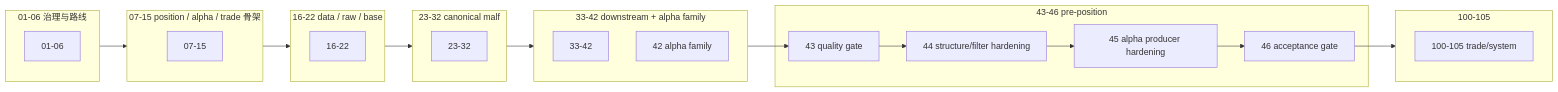
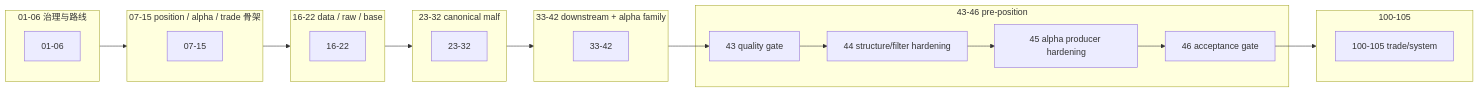
The diagram in docs/03-execution/00-conclusion-catalog-20260409.md (everything-is-simple/lifespan-0.01), drawn with Mermaid before and after one commit. The commit also changed other lines of this file and 18 other files, not shown here.

Commit message:
alpha: family-aware formal signal

````diff
--- a/docs/03-execution/00-conclusion-catalog-20260409.md
+++ b/docs/03-execution/00-conclusion-catalog-20260409.md
@@ -72,29 +70,28 @@
 ```mermaid
 flowchart LR
     subgraph GOV["01-06 治理与路线"]
         C01["01-06"]
     end
     subgraph MAIN["07-15 position / alpha / trade 骨架"]
         C07["07-15"]
     end
     subgraph DATA["16-22 data / raw / base"]
         C16["16-22"]
     end
     subgraph MALF["23-32 canonical malf"]
         C23["23-32"]
     end
     subgraph DOWN["33-42 downstream + alpha family"]
         C33["33-42"]
-        C42["42 alpha family"]
     end
     subgraph GATE["43-46 pre-position"]
         C43["43 quality gate"]
         C44["44 structure/filter hardening"]
         C45["45 alpha producer hardening"]
         C46["46 acceptance gate"]
     end
     subgraph NEXT["100-105"]
         C100["100-105 trade/system"]
     end
     GOV --> MAIN --> DATA --> MALF --> DOWN --> C43 --> C44 --> C45 --> C46 --> NEXT
 ```
````
